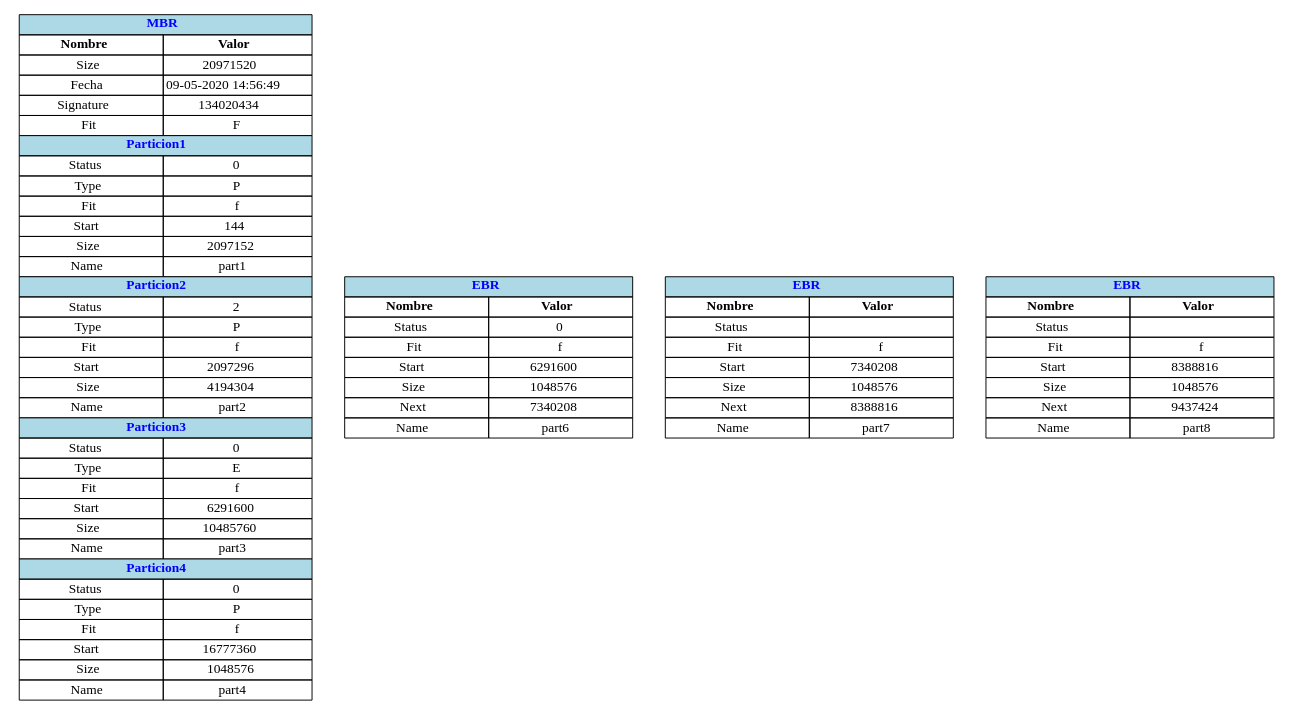
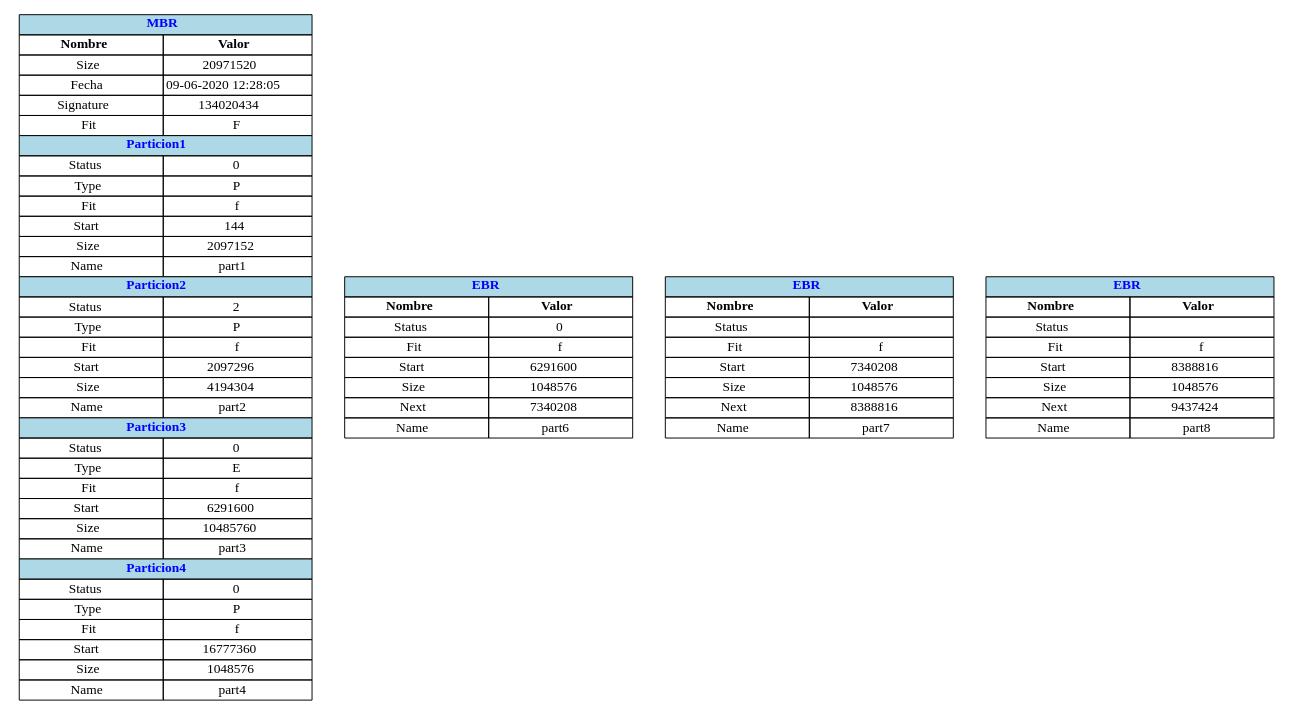
Before and after one commit to xJosee/SistemaArchivos: the diagram in Reportes/graficaEBR.dot, drawn with Graphviz. The commit also changed 6 other files, not shown here.

```diff
--- a/Reportes/graficaEBR.dot
+++ b/Reportes/graficaEBR.dot
@@ -1,80 +1,80 @@
 digraph G{ 
 node [shape=plaintext]
 tbl[
 label=<
 <table border='0' cellborder='1' cellspacing='0' width='300'  height='200' >
  <tr ><td colspan='2' bgcolor= 'lightblue' ><b><font color='blue'>MBR</font></b></td></tr><tr>  <td width='150'> <b>Nombre</b> </td> <td width='150'> <b>Valor</b> </td>  </tr>
 <tr>  <td>Size</td><td>20971520</td>  </tr>
-<tr>  <td>Fecha</td> <td>09-05-2020 14:56:49</td>  </tr>
+<tr>  <td>Fecha</td> <td>09-06-2020 12:28:05</td>  </tr>
 <tr>  <td>Signature</td> <td>134020434</td>  </tr>
 <tr>  <td>Fit</td> <td>F</td>  </tr>
 <tr ><td colspan='2' bgcolor= 'lightblue' ><b><font color='blue'>Particion1</font></b></td></tr>
 <tr>  <td>Status</td> <td>0</td>  </tr>
 <tr>  <td>Type</td> <td>P</td>  </tr>
 <tr>  <td>Fit</td> <td>f</td>  </tr>
 <tr>  <td>Start</td> <td>144</td>  </tr>
 <tr>  <td>Size</td> <td>2097152</td>  </tr>
 <tr>  <td>Name</td> <td>part1</td>  </tr>
 <tr ><td colspan='2' bgcolor= 'lightblue' ><b><font color='blue'>Particion2</font></b></td></tr>
 <tr>  <td>Status</td> <td>2</td>  </tr>
 <tr>  <td>Type</td> <td>P</td>  </tr>
 <tr>  <td>Fit</td> <td>f</td>  </tr>
 <tr>  <td>Start</td> <td>2097296</td>  </tr>
 <tr>  <td>Size</td> <td>4194304</td>  </tr>
 <tr>  <td>Name</td> <td>part2</td>  </tr>
 <tr ><td colspan='2' bgcolor= 'lightblue' ><b><font color='blue'>Particion3</font></b></td></tr>
 <tr>  <td>Status</td> <td>0</td>  </tr>
 <tr>  <td>Type</td> <td>E</td>  </tr>
 <tr>  <td>Fit</td> <td>f</td>  </tr>
 <tr>  <td>Start</td> <td>6291600</td>  </tr>
 <tr>  <td>Size</td> <td>10485760</td>  </tr>
 <tr>  <td>Name</td> <td>part3</td>  </tr>
 <tr ><td colspan='2' bgcolor= 'lightblue' ><b><font color='blue'>Particion4</font></b></td></tr>
 <tr>  <td>Status</td> <td>0</td>  </tr>
 <tr>  <td>Type</td> <td>P</td>  </tr>
 <tr>  <td>Fit</td> <td>f</td>  </tr>
 <tr>  <td>Start</td> <td>16777360</td>  </tr>
 <tr>  <td>Size</td> <td>1048576</td>  </tr>
 <tr>  <td>Name</td> <td>part4</td>  </tr>
 </table>
 >];
 
 tbl_1[
 label=<
  <table border='0' cellborder='1' cellspacing='0'  width='300' height='160' >
  <tr ><td colspan='2' bgcolor= 'lightblue' ><b><font color='blue'>EBR</font></b></td></tr><tr ><td width='150'><b>Nombre</b></td> <td width='150'><b>Valor</b></td>  </tr>
 <tr>  <td>Status</td> <td>0</td>  </tr>
 <tr>  <td>Fit</td> <td>f</td>  </tr>
 <tr>  <td>Start</td> <td>6291600</td>  </tr>
 <tr>  <td>Size</td> <td>1048576</td>  </tr>
 <tr>  <td>Next</td> <td>7340208</td>  </tr>
 <tr>  <td>Name</td> <td>part6</td>  </tr>
 </table>
 >];
 
 tbl_2[
 label=<
  <table border='0' cellborder='1' cellspacing='0'  width='300' height='160' >
  <tr ><td colspan='2' bgcolor= 'lightblue' ><b><font color='blue'>EBR</font></b></td></tr><tr ><td width='150'><b>Nombre</b></td> <td width='150'><b>Valor</b></td>  </tr>
 <tr>  <td>Status</td> <td></td>  </tr>
 <tr>  <td>Fit</td> <td>f</td>  </tr>
 <tr>  <td>Start</td> <td>7340208</td>  </tr>
 <tr>  <td>Size</td> <td>1048576</td>  </tr>
 <tr>  <td>Next</td> <td>8388816</td>  </tr>
 <tr>  <td>Name</td> <td>part7</td>  </tr>
 </table>
 >];
 
 tbl_3[
 label=<
  <table border='0' cellborder='1' cellspacing='0'  width='300' height='160' >
  <tr ><td colspan='2' bgcolor= 'lightblue' ><b><font color='blue'>EBR</font></b></td></tr><tr ><td width='150'><b>Nombre</b></td> <td width='150'><b>Valor</b></td>  </tr>
 <tr>  <td>Status</td> <td></td>  </tr>
 <tr>  <td>Fit</td> <td>f</td>  </tr>
 <tr>  <td>Start</td> <td>8388816</td>  </tr>
 <tr>  <td>Size</td> <td>1048576</td>  </tr>
 <tr>  <td>Next</td> <td>9437424</td>  </tr>
 <tr>  <td>Name</td> <td>part8</td>  </tr>
 </table>
 >];
 }
```
